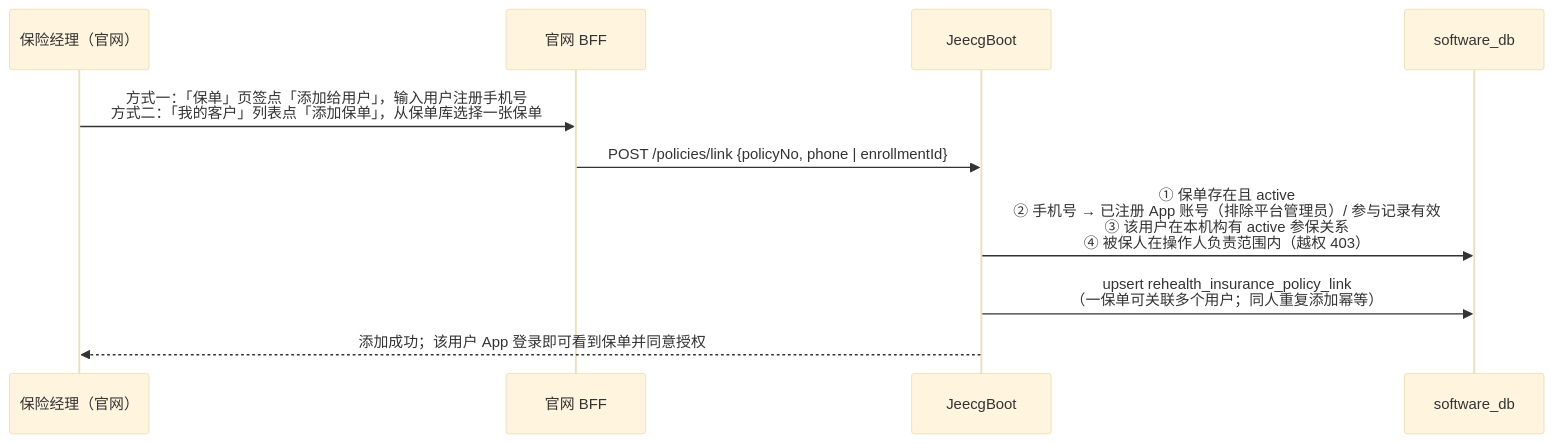
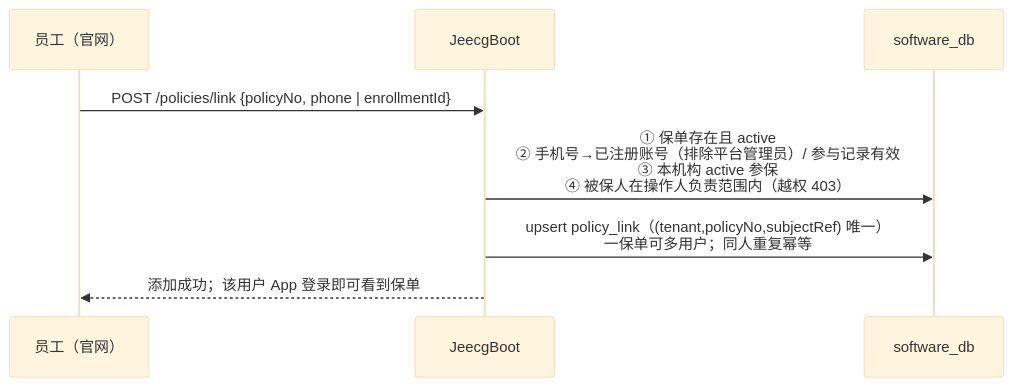
The third of 5 diagrams in docs/保险侧保单与计划管理.md (wjmlong/rehealth_tongbu), drawn with Mermaid (base theme) before and after one commit. The commit also changed other lines of this file and 4 other files, not shown here.

````diff
--- a/docs/保险侧保单与计划管理.md
+++ b/docs/保险侧保单与计划管理.md
@@ -567,12 +63,10 @@
 ```mermaid
 sequenceDiagram
-    participant M as 保险经理（官网）
-    participant BFF as 官网 BFF
+    participant M as 员工（官网）
     participant JEE as JeecgBoot
     participant DB as software_db
-    M->>BFF: 方式一：「保单」页签点「添加给用户」，输入用户注册手机号<br>方式二：「我的客户」列表点「添加保单」，从保单库选择一张保单
-    BFF->>JEE: POST /policies/link {policyNo, phone | enrollmentId}
-    JEE->>DB: ① 保单存在且 active<br>② 手机号 → 已注册 App 账号（排除平台管理员）/ 参与记录有效<br>③ 该用户在本机构有 active 参保关系<br>④ 被保人在操作人负责范围内（越权 403）
-    JEE->>DB: upsert rehealth_insurance_policy_link<br>（一保单可关联多个用户；同人重复添加幂等）
-    JEE-->>M: 添加成功；该用户 App 登录即可看到保单并同意授权
+    M->>JEE: POST /policies/link {policyNo, phone | enrollmentId}
+    JEE->>DB: ① 保单存在且 active<br>② 手机号→已注册账号（排除平台管理员）/ 参与记录有效<br>③ 本机构 active 参保<br>④ 被保人在操作人负责范围内（越权 403）
+    JEE->>DB: upsert policy_link（(tenant,policyNo,subjectRef) 唯一）<br>一保单可多用户；同人重复幂等
+    JEE-->>M: 添加成功；该用户 App 登录即可看到保单
 ```
````
